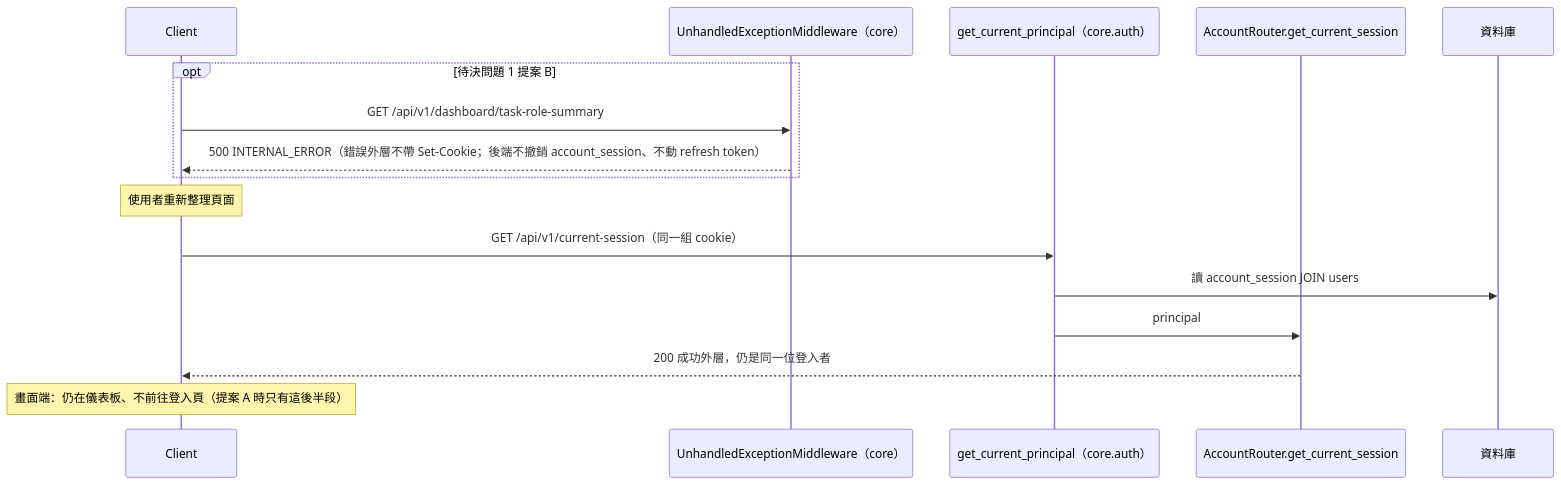
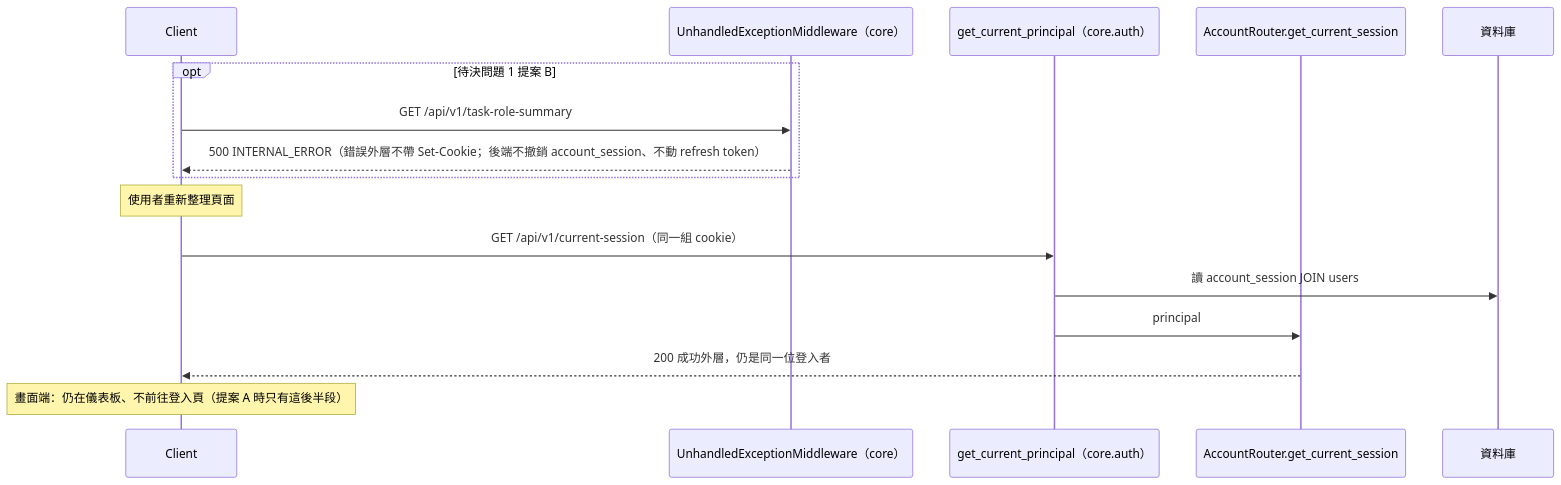
One commit to label-suite/label-suite changed the ninth of 9 diagrams in openspec/changes/dashboard-shell/system-design.md. Above: the diagram before and after it, drawn with Mermaid. The commit also changed other lines of this file and 1 other file, not shown here.

First line of the commit message:
docs: add the API contract for dashboard-shell (#722)

````diff
--- a/openspec/changes/dashboard-shell/system-design.md
+++ b/openspec/changes/dashboard-shell/system-design.md
@@ -368,18 +368,18 @@
 ```mermaid
 sequenceDiagram
   participant C as Client
   participant M as UnhandledExceptionMiddleware（core）
   participant G as get_current_principal（core.auth）
   participant AR as AccountRouter.get_current_session
   participant DB as 資料庫
   opt 待決問題 1 提案 B
-    C->>M: GET /api/v1/dashboard/task-role-summary
+    C->>M: GET /api/v1/task-role-summary
     M-->>C: 500 INTERNAL_ERROR（錯誤外層不帶 Set-Cookie；後端不撤銷 account_session、不動 refresh token）
   end
   Note over C: 使用者重新整理頁面
   C->>G: GET /api/v1/current-session（同一組 cookie）
   G->>DB: 讀 account_session JOIN users
   G->>AR: principal
   AR-->>C: 200 成功外層，仍是同一位登入者
   Note over C: 畫面端：仍在儀表板、不前往登入頁（提案 A 時只有這後半段）
 ```
````
